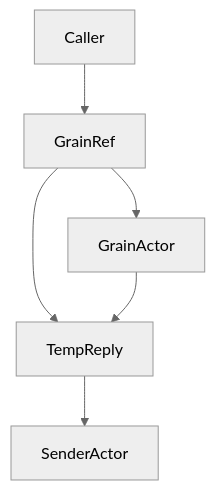
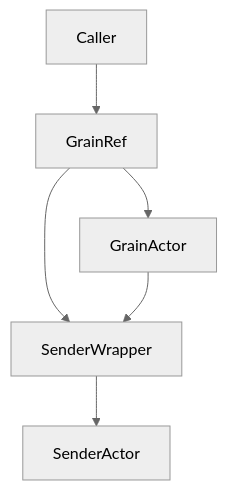
The first of 2 diagrams in .kiro/specs/grainref-sender-reply/design.md (j5ik2o/fraktor-rs), drawn with Mermaid (neutral theme) before and after one commit. The commit also changed other lines of this file and 16 other files, not shown here.

Commit message:
feat: add sender specification API to GrainRef for reliable reply delivery

````diff
--- a/.kiro/specs/grainref-sender-reply/design.md
+++ b/.kiro/specs/grainref-sender-reply/design.md
@@ -33,8 +33,8 @@
 ```mermaid
 graph TB
   Caller --> GrainRef
   GrainRef --> GrainActor
-  GrainRef --> TempReply
-  TempReply --> SenderActor
-  GrainActor --> TempReply
+  GrainRef --> SenderWrapper
+  SenderWrapper --> SenderActor
+  GrainActor --> SenderWrapper
 ```
````
